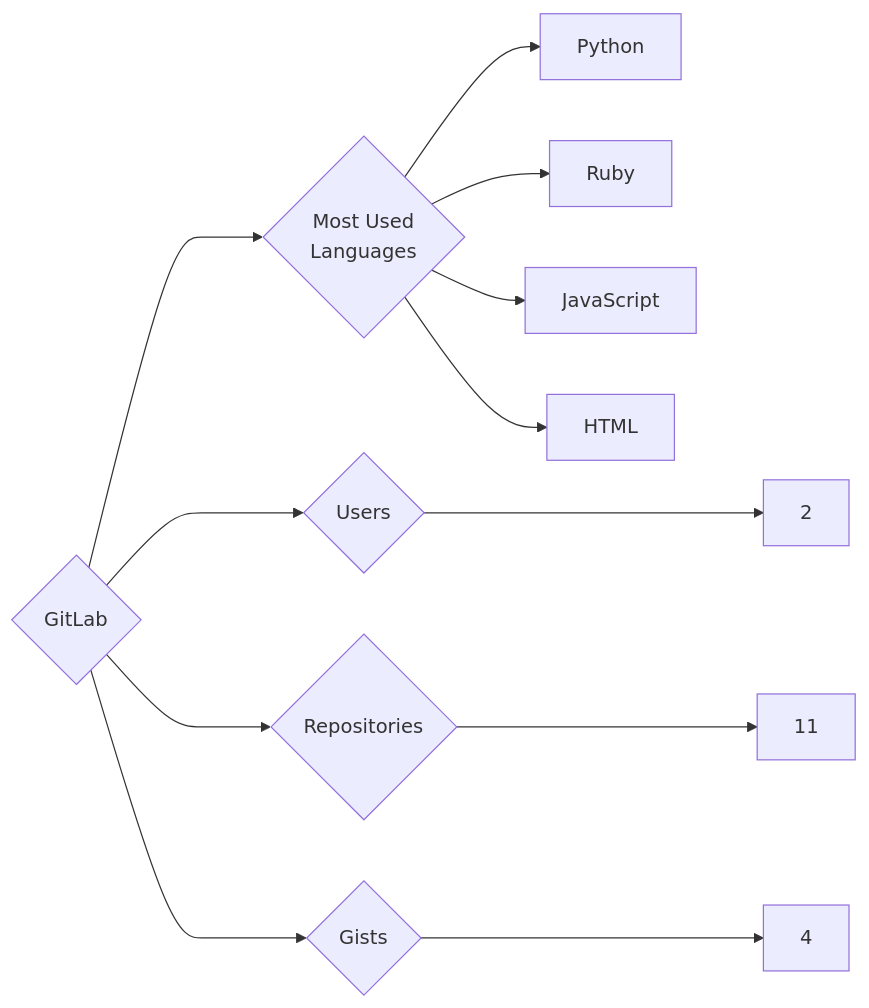
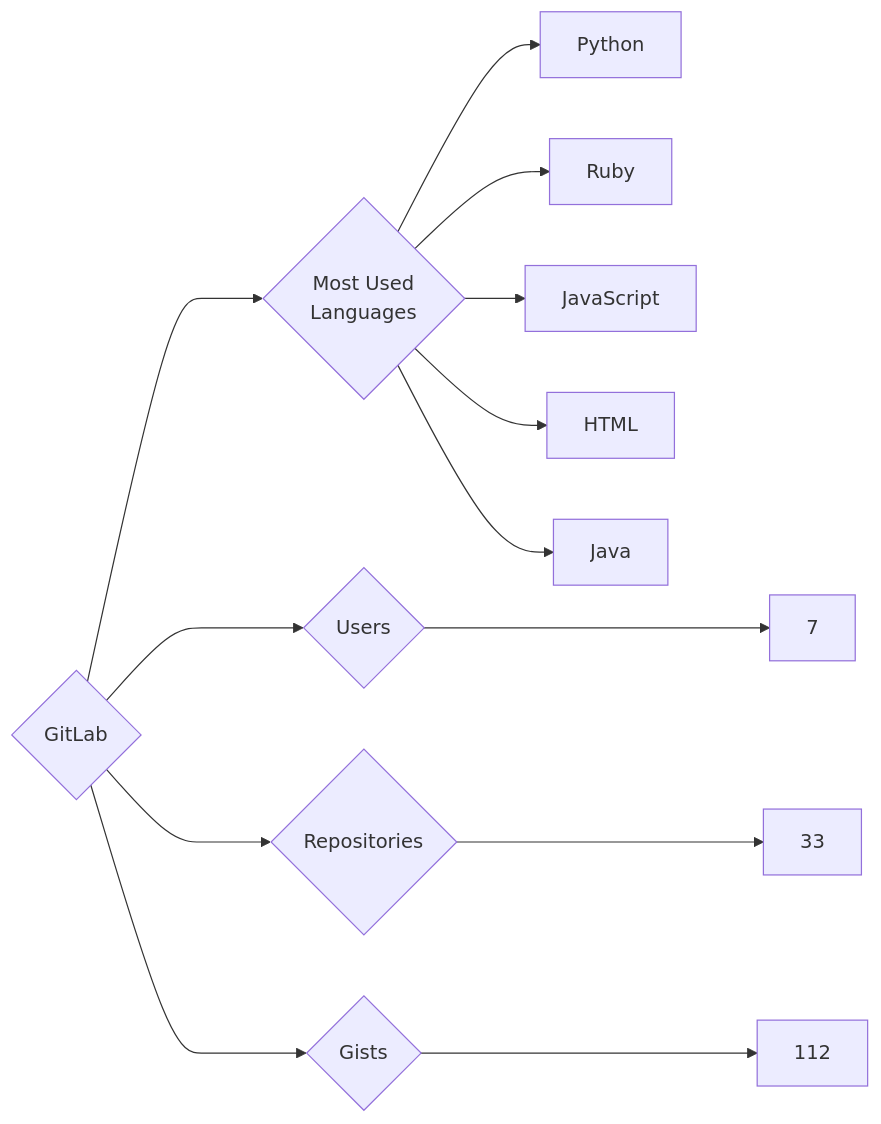
Before and after one commit to trickest/insiders: the diagram in targets/GitLab/README.md, drawn with Mermaid. The commit also changed 640 other files, not shown here.

````diff
--- a/targets/GitLab/README.md
+++ b/targets/GitLab/README.md
@@ -3,12 +3,13 @@
 ```mermaid
 graph LR
 COMPANY_NAME{GitLab}
-COMPANY_NAME ---> U{Users} ---> UN[2]
-COMPANY_NAME ---> R{Repositories} ---> RN[11]
-COMPANY_NAME ---> G{Gists} ---> GN[4]
+COMPANY_NAME ---> U{Users} ---> UN[7]
+COMPANY_NAME ---> R{Repositories} ---> RN[33]
+COMPANY_NAME ---> G{Gists} ---> GN[112]
 COMPANY_NAME ---> ML{Most Used<br>Languages}
 ML --> Python[Python]
 ML --> Ruby[Ruby]
 ML --> JavaScript[JavaScript]
 ML --> HTML[HTML]
+ML --> Java[Java]
 ```
````
